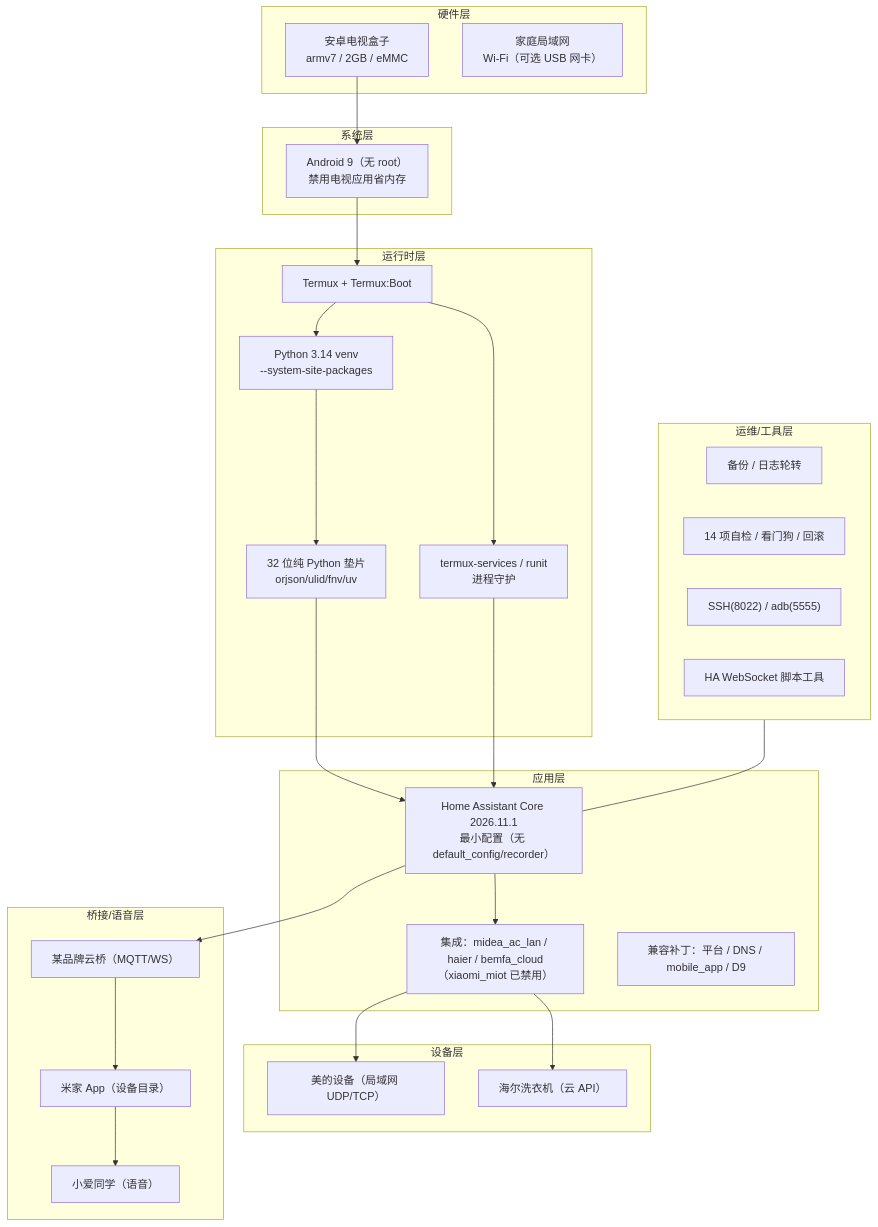
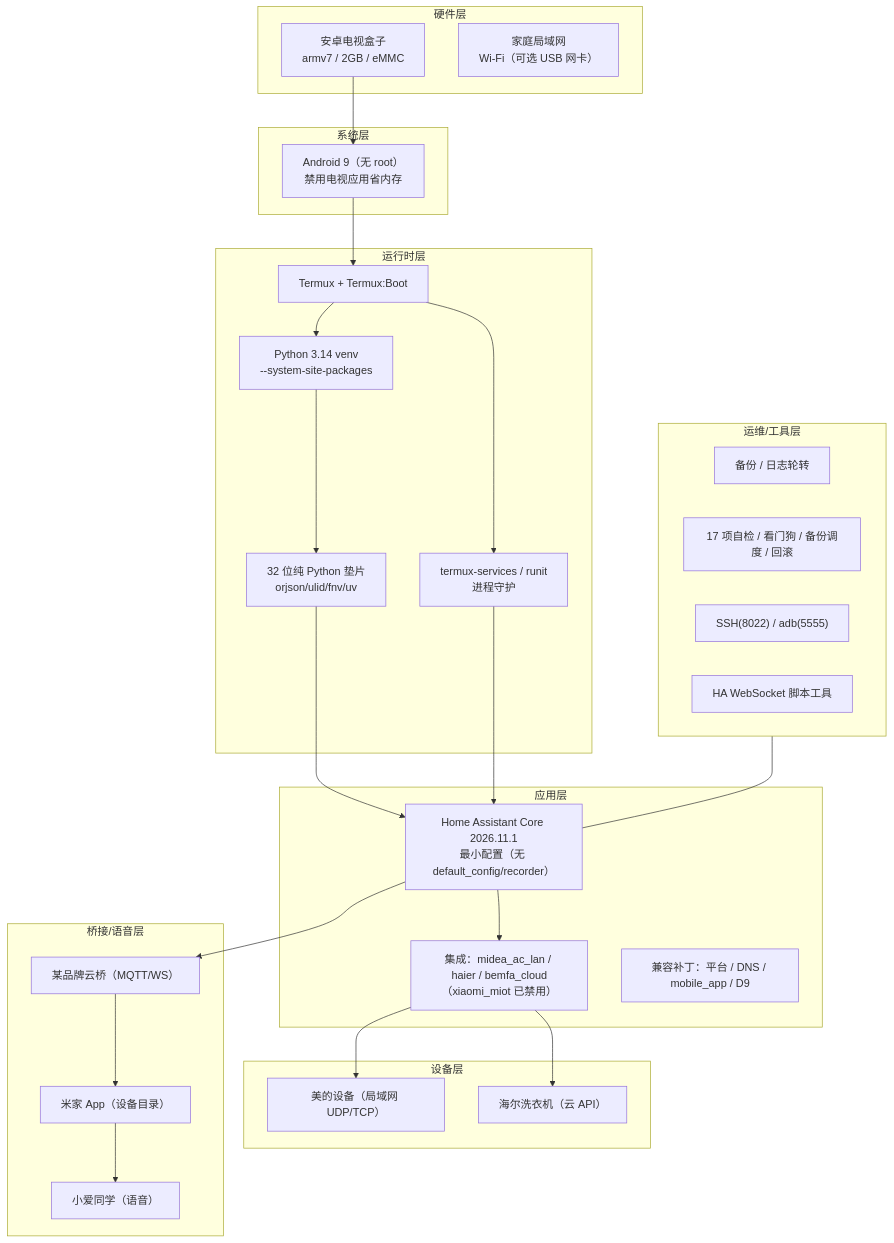
The diagram in docs/技术栈.md (VotaverUno/android-tv-box-home-assistant), drawn with Mermaid before and after one commit. The commit also changed other lines of this file and 11 other files, not shown here.

````diff
--- a/docs/技术栈.md
+++ b/docs/技术栈.md
@@ -10,45 +10,45 @@
 ```mermaid
 flowchart TB
     subgraph HW["硬件层"]
         BOX["安卓电视盒子<br/>armv7 / 2GB / eMMC"]
         NET["家庭局域网<br/>Wi-Fi（可选 USB 网卡）"]
     end
     subgraph OS["系统层"]
         AND["Android 9（无 root）<br/>禁用电视应用省内存"]
     end
     subgraph RUNTIME["运行时层"]
         TERMUX["Termux + Termux:Boot"]
         RUNIT["termux-services / runit<br/>进程守护"]
         PY["Python 3.14 venv<br/>--system-site-packages"]
         SHIM["32 位纯 Python 垫片<br/>orjson/ulid/fnv/uv"]
     end
     subgraph APP["应用层"]
         HA["Home Assistant Core 2026.11.1<br/>最小配置（无 default_config/recorder）"]
         INT["集成：midea_ac_lan / haier / bemfa_cloud<br/>（xiaomi_miot 已禁用）"]
         PATCH["兼容补丁：平台 / DNS / mobile_app / D9"]
     end
     subgraph DEV["设备层"]
         MIDEA["美的设备（局域网 UDP/TCP）"]
         HAIER["海尔洗衣机（云 API）"]
     end
     subgraph CLOUD["桥接/语音层"]
         BEMFA["某品牌云桥（MQTT/WS）"]
         MIHOME["米家 App（设备目录）"]
         XIAOAI["小爱同学（语音）"]
     end
     subgraph OPS["运维/工具层"]
         BACKUP["备份 / 日志轮转"]
-        SELFTEST["14 项自检 / 看门狗 / 回滚"]
+        SELFTEST["17 项自检 / 看门狗 / 备份调度 / 回滚"]
         SSH["SSH(8022) / adb(5555)"]
         WS["HA WebSocket 脚本工具"]
     end
     BOX --> AND --> TERMUX --> PY
     TERMUX --> RUNIT
     PY --> SHIM --> HA
     HA --> INT
     INT --> MIDEA
     INT --> HAIER
     HA --> BEMFA --> MIHOME --> XIAOAI
     RUNIT --> HA
     OPS --- HA
 ```
````
